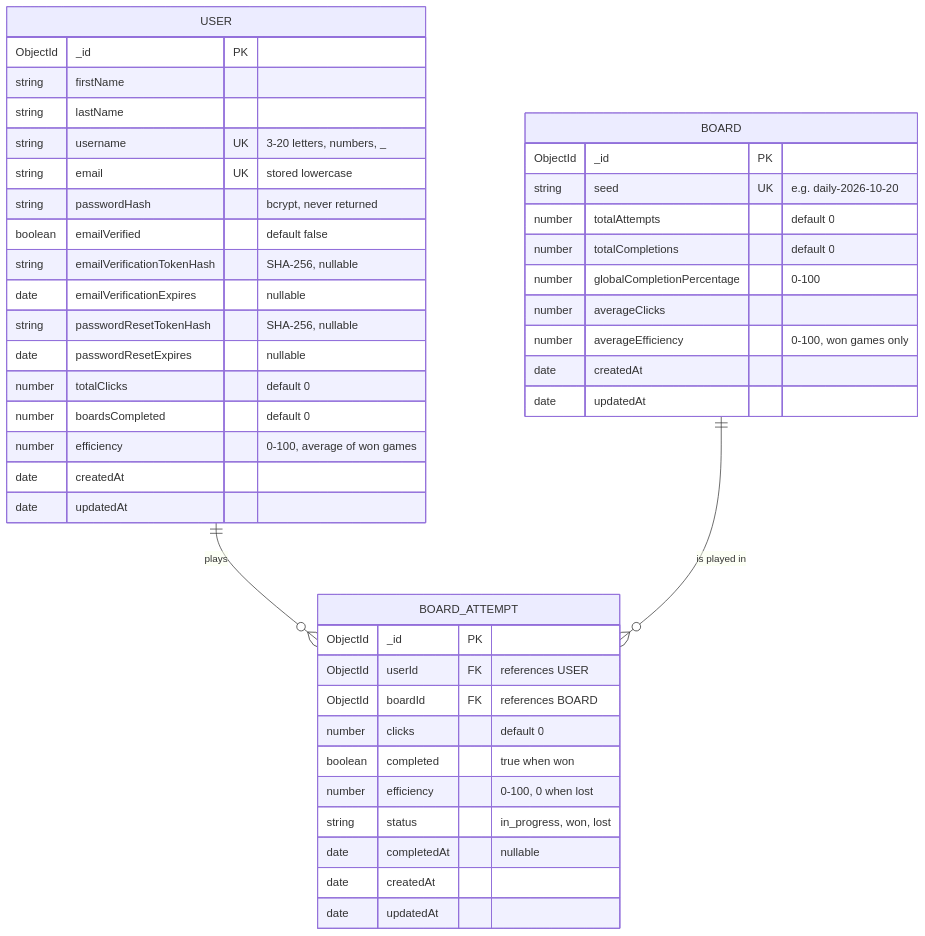
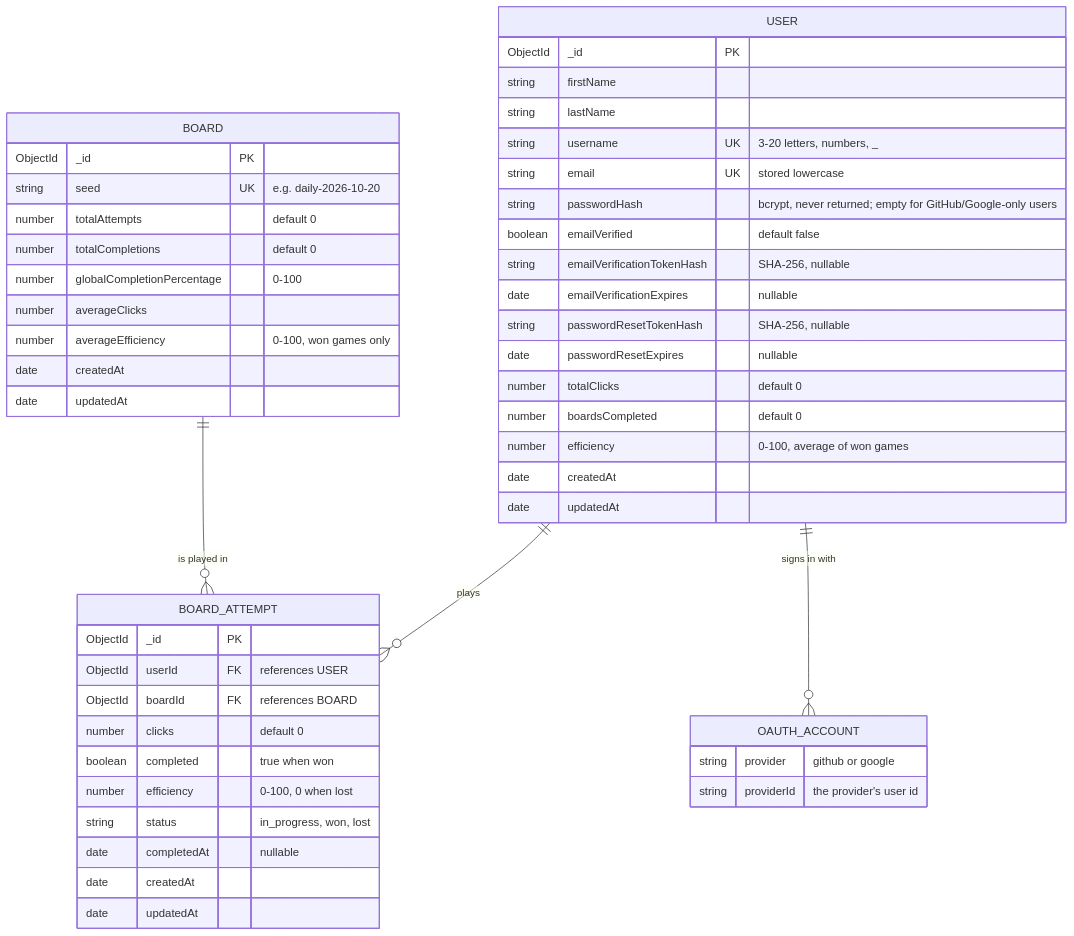
The diagram in docs/erd.md (Skatboards/COP4331-MERN-Project), drawn with Mermaid before and after one commit. The commit also changed other lines of this file and 13 other files, not shown here.

````diff
--- a/docs/erd.md
+++ b/docs/erd.md
@@ -5,49 +5,55 @@
 ```mermaid
 erDiagram
     USER ||--o{ BOARD_ATTEMPT : "plays"
+    USER ||--o{ OAUTH_ACCOUNT : "signs in with"
     BOARD ||--o{ BOARD_ATTEMPT : "is played in"
 
     USER {
         ObjectId _id PK
         string firstName
         string lastName
         string username UK "3-20 letters, numbers, _"
         string email UK "stored lowercase"
-        string passwordHash "bcrypt, never returned"
+        string passwordHash "bcrypt, never returned; empty for GitHub/Google-only users"
         boolean emailVerified "default false"
         string emailVerificationTokenHash "SHA-256, nullable"
         date emailVerificationExpires "nullable"
         string passwordResetTokenHash "SHA-256, nullable"
         date passwordResetExpires "nullable"
         number totalClicks "default 0"
         number boardsCompleted "default 0"
         number efficiency "0-100, average of won games"
         date createdAt
         date updatedAt
+    }
+
+    OAUTH_ACCOUNT {
+        string provider "github or google"
+        string providerId "the provider's user id"
     }
 
     BOARD {
         ObjectId _id PK
         string seed UK "e.g. daily-2026-10-20"
         number totalAttempts "default 0"
         number totalCompletions "default 0"
         number globalCompletionPercentage "0-100"
         number averageClicks
         number averageEfficiency "0-100, won games only"
         date createdAt
         date updatedAt
     }
 
     BOARD_ATTEMPT {
         ObjectId _id PK
         ObjectId userId FK "references USER"
         ObjectId boardId FK "references BOARD"
         number clicks "default 0"
         boolean completed "true when won"
         number efficiency "0-100, 0 when lost"
         string status "in_progress, won, lost"
         date completedAt "nullable"
         date createdAt
         date updatedAt
     }
 ```
````
